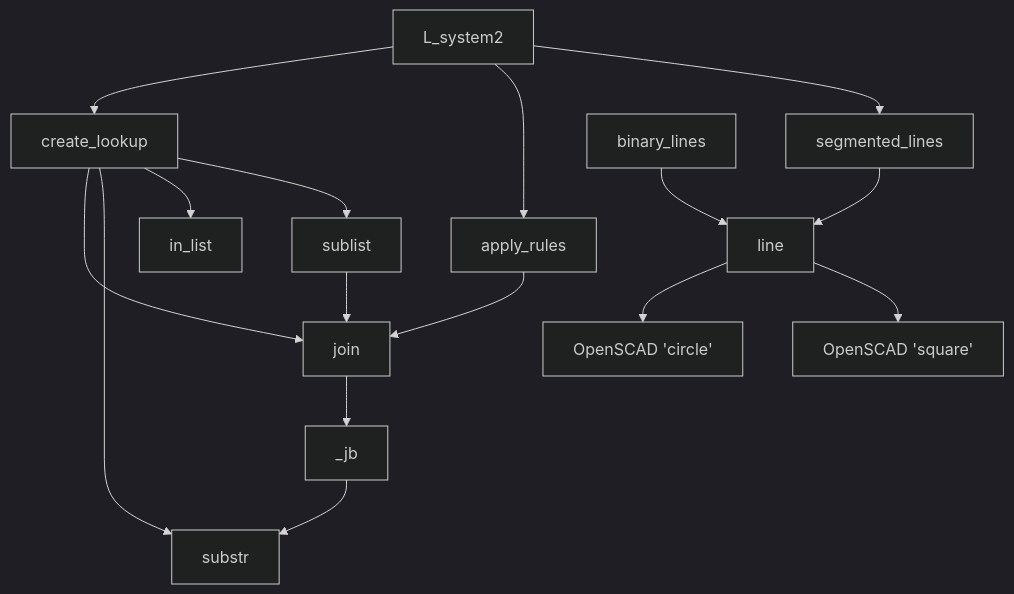
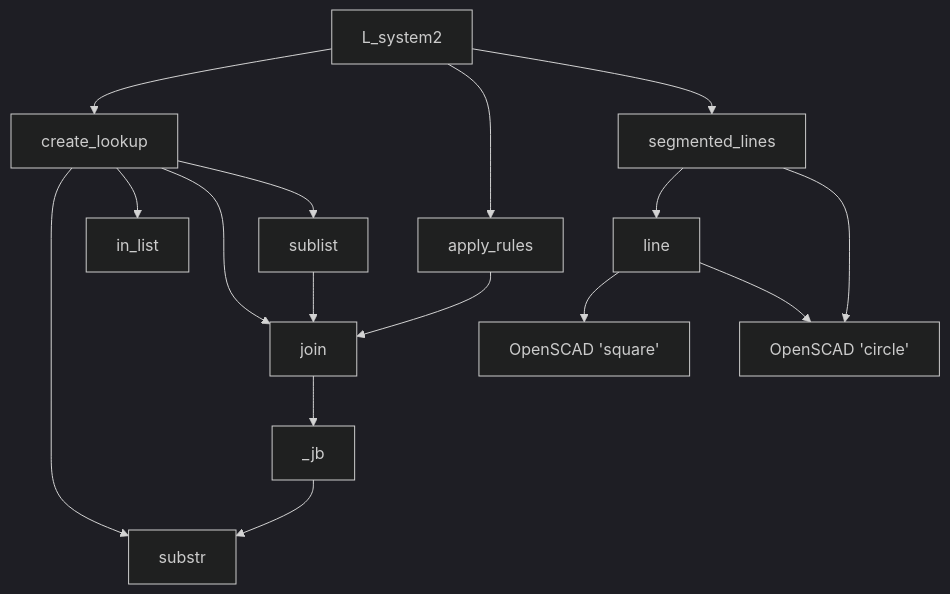
The diagram in src/README.md (CameronBrooks11/L-System-SCAD), drawn with Mermaid (dark theme) before and after one commit.

Commit message:
updated flowchart diagram

````diff
--- a/src/README.md
+++ b/src/README.md
@@ -5,27 +5,26 @@
 ```mermaid
 graph TD
   L_system2 --> create_lookup
   L_system2 --> apply_rules
   L_system2 --> segmented_lines
 
-  create_lookup --> join
   create_lookup --> substr
   create_lookup --> in_list
+  create_lookup --> join
 
   apply_rules --> join
 
   segmented_lines --> line
+  segmented_lines --> circle["OpenSCAD 'circle'"]
 
   join --> _jb
 
   _jb --> substr
   sublist --> join
 
-  binary_lines --> line
-
+  line --> square["OpenSCAD 'square'"]
   line --> circle["OpenSCAD 'circle'"]
-  line --> square["OpenSCAD 'square'"]
 
   create_lookup --> sublist
 
 ```
````
